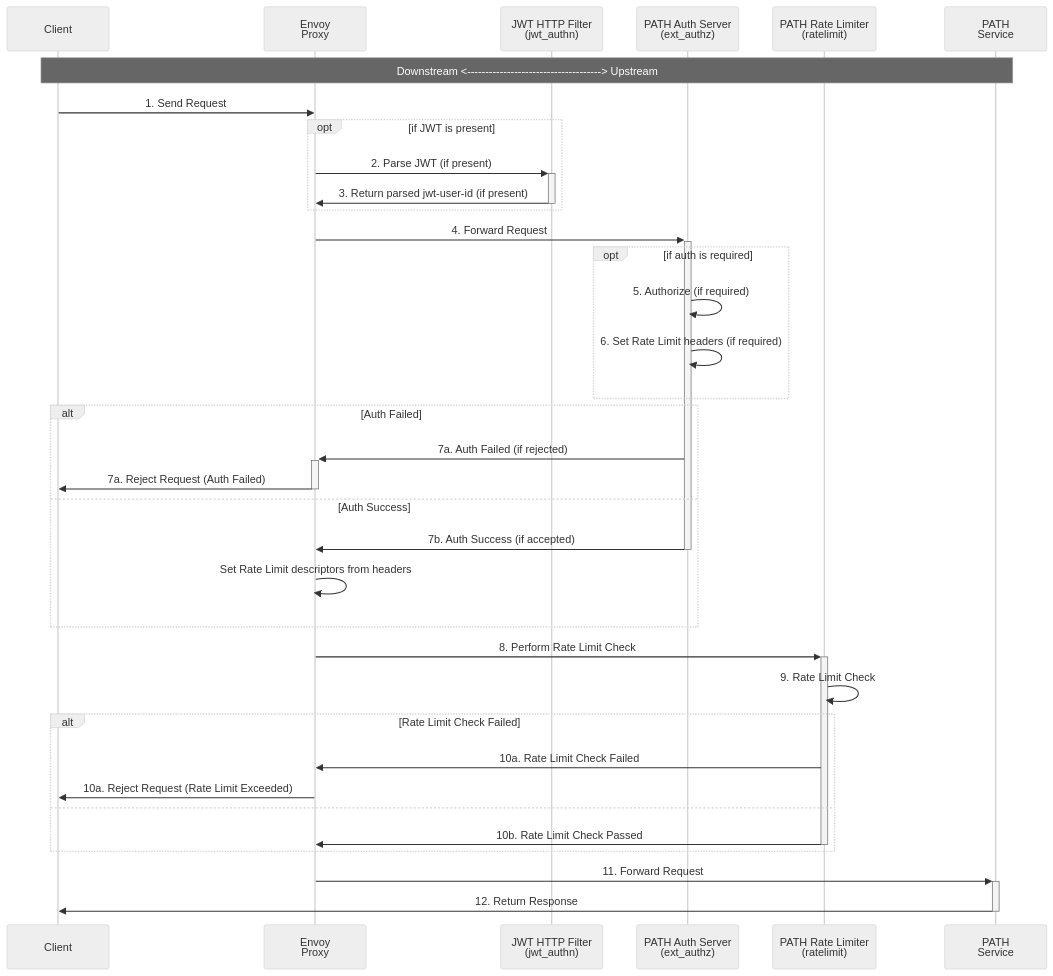
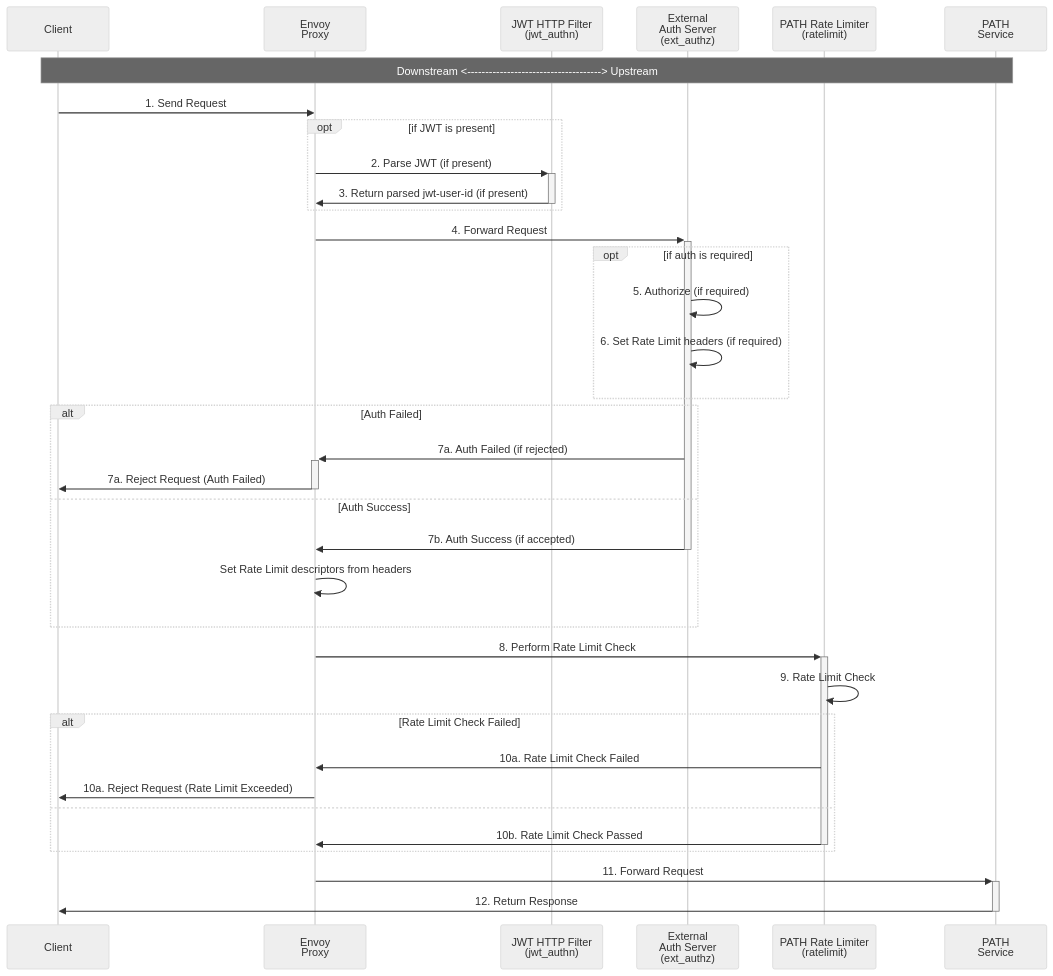
Before and after one commit to buildwithgrove/path: the second of 3 diagrams in docusaurus/docs/develop/envoy/introduction.md, drawn with Mermaid (neutral theme). The commit also changed other lines of this file and 1 other file, not shown here.

Commit message:
chore: fix consistency in naming External Auth Server

````diff
--- a/docusaurus/docs/develop/envoy/introduction.md
+++ b/docusaurus/docs/develop/envoy/introduction.md
@@ -174,47 +174,47 @@
 ```mermaid
 sequenceDiagram
     participant Client
     participant Envoy as Envoy<br>Proxy
     participant JWTFilter as JWT HTTP Filter<br>(jwt_authn)
-    participant AuthServer as PATH Auth Server<br>(ext_authz)
+    participant AuthServer as External<br>Auth Server<br>(ext_authz)
     participant RateLimiter as PATH Rate Limiter<br>(ratelimit)
     participant Service as PATH<br>Service
 
     %% Add bidirectional arrow for Upstream and Downstream
     Note over Client,Service: Downstream <-------------------------------------> Upstream
 
     Client->>Envoy: 1. Send Request
 
     opt if JWT is present
       Envoy->>+JWTFilter: 2. Parse JWT (if present)
       JWTFilter->>-Envoy: 3. Return parsed jwt-user-id (if present)
     end
 
     Envoy->>+AuthServer: 4. Forward Request
 
     opt if auth is required
       AuthServer->>AuthServer: 5. Authorize (if required)
       AuthServer->>AuthServer: 6. Set Rate Limit headers (if required)
     end
 
     alt Auth Failed
       AuthServer->>+Envoy: 7a. Auth Failed (if rejected)
       Envoy->>-Client: 7a. Reject Request (Auth Failed)
     else Auth Success
       AuthServer->>-Envoy: 7b. Auth Success (if accepted)
       Envoy->>Envoy: Set Rate Limit descriptors from headers
     end
 
     Envoy->>+RateLimiter: 8. Perform Rate Limit Check
     RateLimiter->>RateLimiter: 9. Rate Limit Check
 
     alt Rate Limit Check Failed
       RateLimiter->>Envoy: 10a. Rate Limit Check Failed
       Envoy->>Client: 10a. Reject Request (Rate Limit Exceeded)
     else
       RateLimiter->>-Envoy: 10b. Rate Limit Check Passed
     end
 
     Envoy->>+Service: 11. Forward Request
     Service->>-Client: 12. Return Response
 ```
````
